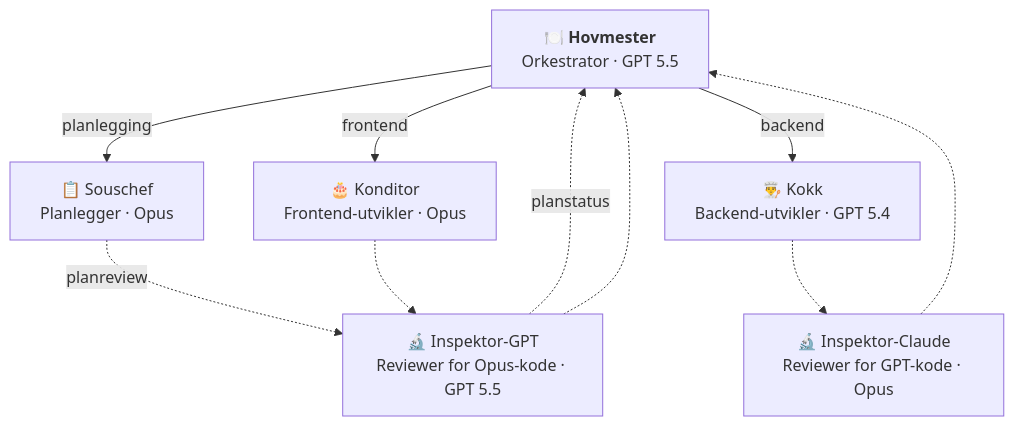
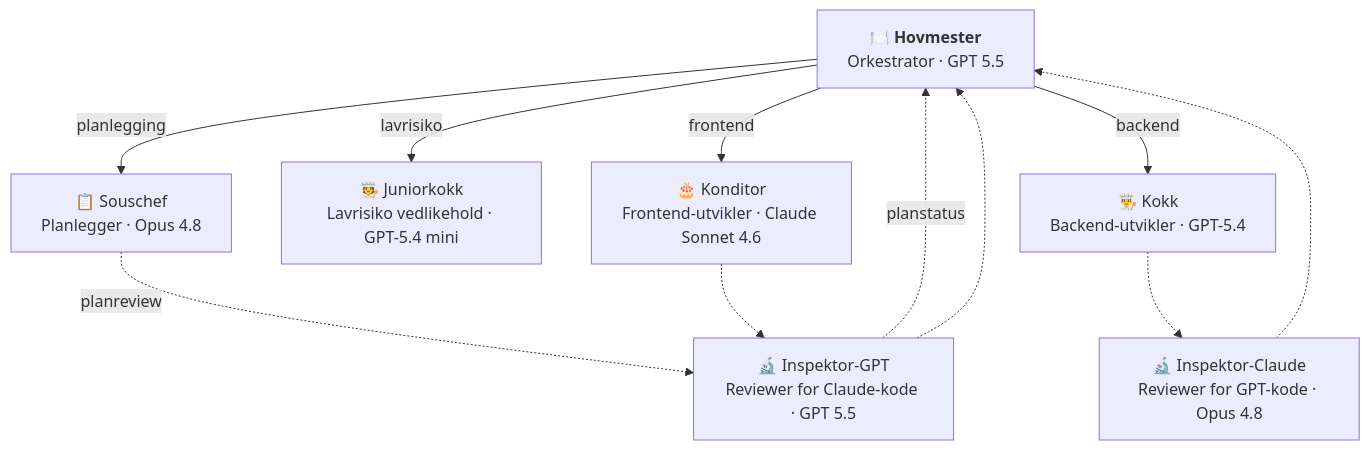
One commit to navikt/hovmester changed the diagram in README.md. Above: the diagram before and after it, drawn with Mermaid. The commit also changed other lines of this file and 20 other files, not shown here.

````diff
--- a/README.md
+++ b/README.md
@@ -38,17 +38,19 @@
 ```mermaid
 graph TD
     U["🍽️ <b>Hovmester</b><br/>Orkestrator · GPT 5.5"]
-    S["📋 Souschef<br/>Planlegger · Opus"]
-    K["👨‍🍳 Kokk<br/>Backend-utvikler · GPT 5.4"]
-    KO["🎂 Konditor<br/>Frontend-utvikler · Opus"]
-    IC["🔬 Inspektor-Claude<br/>Reviewer for GPT-kode · Opus"]
-    IG["🔬 Inspektor-GPT<br/>Reviewer for Opus-kode · GPT 5.5"]
+    S["📋 Souschef<br/>Planlegger · Opus 4.8"]
+    J["🧑‍🍳 Juniorkokk<br/>Lavrisiko vedlikehold · GPT-5.4 mini"]
+    K["👨‍🍳 Kokk<br/>Backend-utvikler · GPT-5.4"]
+    KO["🎂 Konditor<br/>Frontend-utvikler · Claude Sonnet 4.6"]
+    IC["🔬 Inspektor-Claude<br/>Reviewer for GPT-kode · Opus 4.8"]
+    IG["🔬 Inspektor-GPT<br/>Reviewer for Claude-kode · GPT 5.5"]
 
     U -- planlegging --> S
     S -. planreview .-> IG
     IG -. planstatus .-> U
+    U -- lavrisiko --> J
     U -- backend --> K
     U -- frontend --> KO
     K -.-> IC -.-> U
     KO -.-> IG -.-> U
 ```
````
